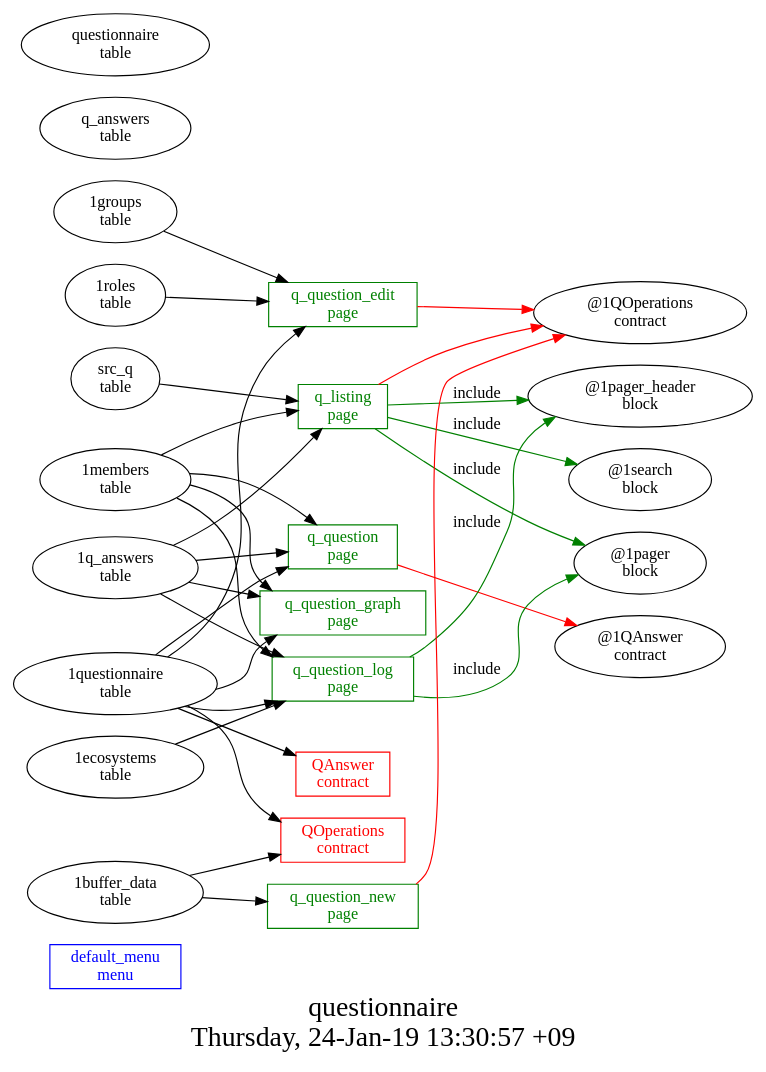
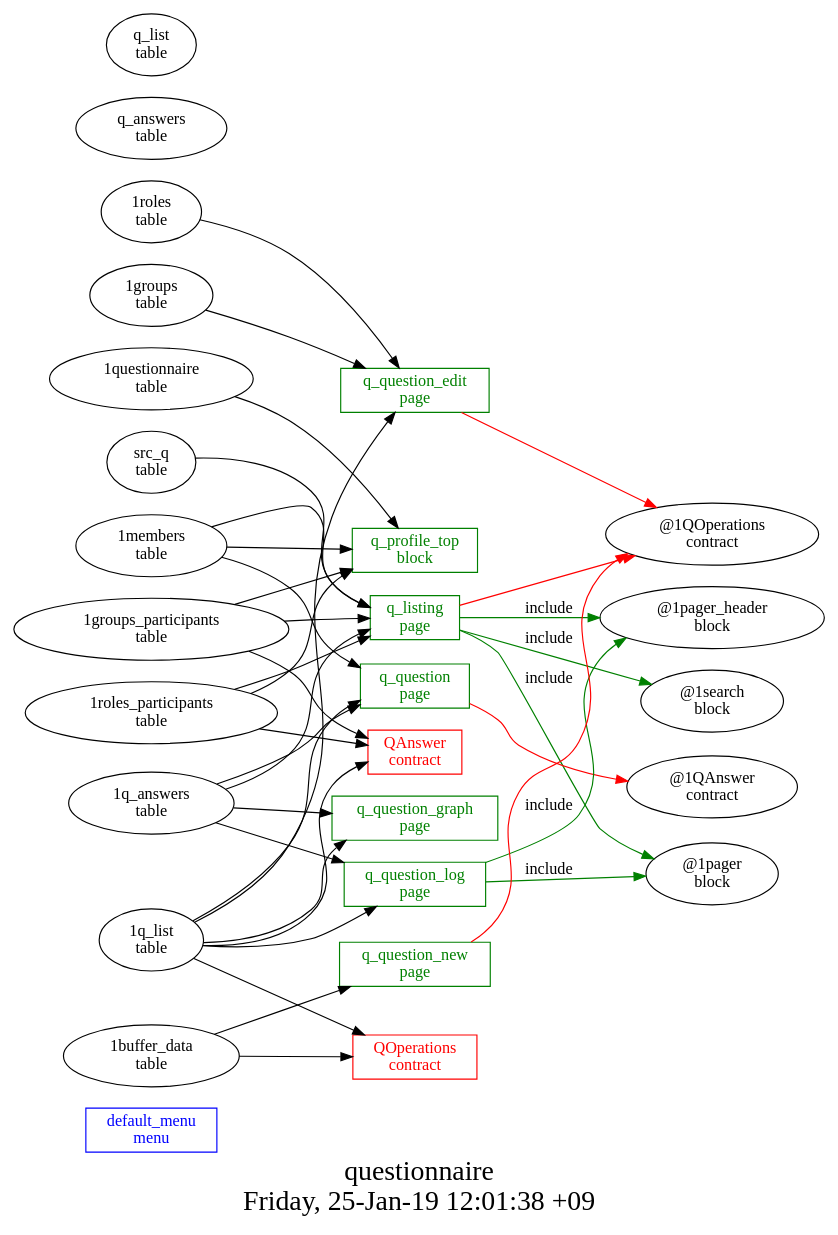
Before and after one commit to AplaProject/apps: the diagram in platform_apps/questionnaire/struct.dot, drawn with Graphviz. The commit also changed 9 other files, not shown here.

```diff
--- a/platform_apps/questionnaire/struct.dot
+++ b/platform_apps/questionnaire/struct.dot
@@ -1,48 +1,54 @@
 digraph G {
 fontsize="24";
-label="questionnaire\nThursday, 24-Jan-19 13:30:57 +09";
+label="questionnaire\nFriday, 25-Jan-19 12:01:38 +09";
 nojustify=true;
 ordering=out;
 rankdir=LR;
 size="30";
 "default_menu\nmenu" [color=blue, fontcolor=blue, group=menus, shape=record];
 "q_listing\npage" -> "@1QOperations\ncontract"  [ color=red ]
 "src_q\ntable" -> "q_listing\npage"
+"1groups_participants\ntable" -> "q_listing\npage"
+"1roles_participants\ntable" -> "q_listing\npage"
 "1members\ntable" -> "q_listing\npage"
 "1q_answers\ntable" -> "q_listing\npage"
 "q_listing\npage" -> "@1pager_header\nblock"  [ color=green, label=include ]
 "q_listing\npage" -> "@1search\nblock"  [ color=green, label=include ]
 "q_listing\npage" -> "@1pager\nblock"  [ color=green, label=include ]
 "q_listing\npage" [color=green, fontcolor=green, group=pages, shape=record];
 "q_question\npage" -> "@1QAnswer\ncontract"  [ color=red ]
-"1questionnaire\ntable" -> "q_question\npage"
+"1q_list\ntable" -> "q_question\npage"
 "1q_answers\ntable" -> "q_question\npage"
 "1members\ntable" -> "q_question\npage"
 "q_question\npage" [color=green, fontcolor=green, group=pages, shape=record];
 "q_question_edit\npage" -> "@1QOperations\ncontract"  [ color=red ]
-"1questionnaire\ntable" -> "q_question_edit\npage"
+"1q_list\ntable" -> "q_question_edit\npage"
+"1roles\ntable" -> "q_question_edit\npage"
 "1groups\ntable" -> "q_question_edit\npage"
-"1roles\ntable" -> "q_question_edit\npage"
 "q_question_edit\npage" [color=green, fontcolor=green, group=pages, shape=record];
-"1questionnaire\ntable" -> "q_question_graph\npage"
-"1members\ntable" -> "q_question_graph\npage"
+"1q_list\ntable" -> "q_question_graph\npage"
 "1q_answers\ntable" -> "q_question_graph\npage"
 "q_question_graph\npage" [color=green, fontcolor=green, group=pages, shape=record];
-"1questionnaire\ntable" -> "q_question_log\npage"
+"1q_list\ntable" -> "q_question_log\npage"
 "1q_answers\ntable" -> "q_question_log\npage"
-"1members\ntable" -> "q_question_log\npage"
-"1ecosystems\ntable" -> "q_question_log\npage"
 "q_question_log\npage" -> "@1pager_header\nblock"  [ color=green, label=include ]
 "q_question_log\npage" -> "@1pager\nblock"  [ color=green, label=include ]
 "q_question_log\npage" [color=green, fontcolor=green, group=pages, shape=record];
 "q_question_new\npage" -> "@1QOperations\ncontract"  [ color=red ]
 "1buffer_data\ntable" -> "q_question_new\npage"
 "q_question_new\npage" [color=green, fontcolor=green, group=pages, shape=record];
-"1questionnaire\ntable" -> "QAnswer\ncontract"
+"1questionnaire\ntable" -> "q_profile_top\nblock"
+"1groups_participants\ntable" -> "q_profile_top\nblock"
+"1roles_participants\ntable" -> "q_profile_top\nblock"
+"1members\ntable" -> "q_profile_top\nblock"
+"q_profile_top\nblock" [color=green, fontcolor=green, group=blocks, shape=record];
+"1q_list\ntable" -> "QAnswer\ncontract"
+"1roles_participants\ntable" -> "QAnswer\ncontract"
+"1groups_participants\ntable" -> "QAnswer\ncontract"
 "QAnswer\ncontract" [color=red, fontcolor=red, group=contracts, shape=record];
-"1questionnaire\ntable" -> "QOperations\ncontract"
+"1q_list\ntable" -> "QOperations\ncontract"
 "1buffer_data\ntable" -> "QOperations\ncontract"
 "QOperations\ncontract" [color=red, fontcolor=red, group=contracts, shape=record];
 "q_answers\ntable" [color="", fontcolor="", group=tables, shape=""];
-"questionnaire\ntable" [color="", fontcolor="", group=tables, shape=""];
+"q_list\ntable" [color="", fontcolor="", group=tables, shape=""];
 }
```
